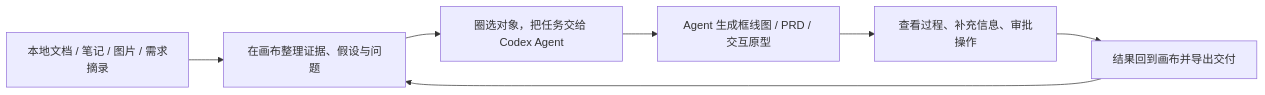
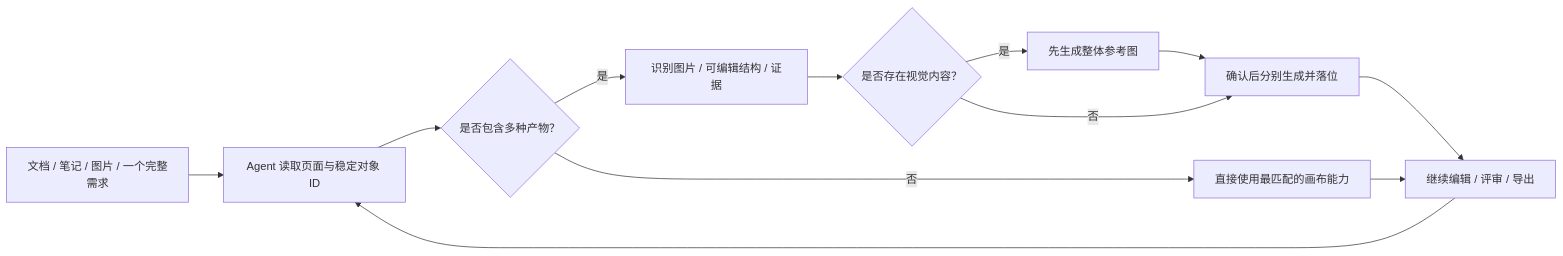
The first of 2 diagrams in README.md (suud003/Cowart), drawn with Mermaid before and after one commit. The commit also changed other lines of this file and 24 other files, not shown here.

````diff
--- a/README.md
+++ b/README.md
@@ -42,9 +42,14 @@
 ```mermaid
 flowchart LR
-  A["本地文档 / 笔记 / 图片 / 需求摘录"] --> B["在画布整理证据、假设与问题"]
-  B --> C["圈选对象，把任务交给 Codex Agent"]
-  C --> D["Agent 生成框线图 / PRD / 交互原型"]
-  D --> E["查看过程、补充信息、审批操作"]
-  E --> F["结果回到画布并导出交付"]
-  F --> B
+  A["文档 / 笔记 / 图片 / 一个完整需求"] --> B["Agent 读取页面与稳定对象 ID"]
+  B --> C{"是否包含多种产物？"}
+  C -->|是| D["识别图片 / 可编辑结构 / 证据"]
+  D --> E{"是否存在视觉内容？"}
+  E -->|是| F["先生成整体参考图"]
+  F --> I["确认后分别生成并落位"]
+  E -->|否| I
+  C -->|否| G["直接使用最匹配的画布能力"]
+  I --> H["继续编辑 / 评审 / 导出"]
+  G --> H
+  H --> B
 ```
````
